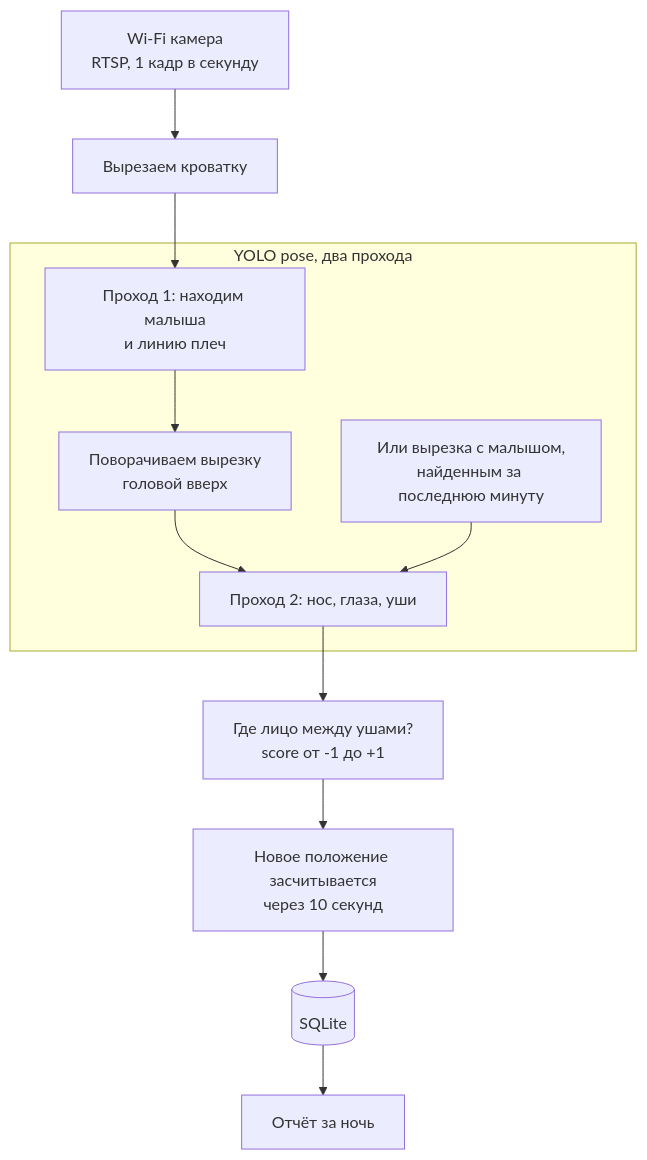
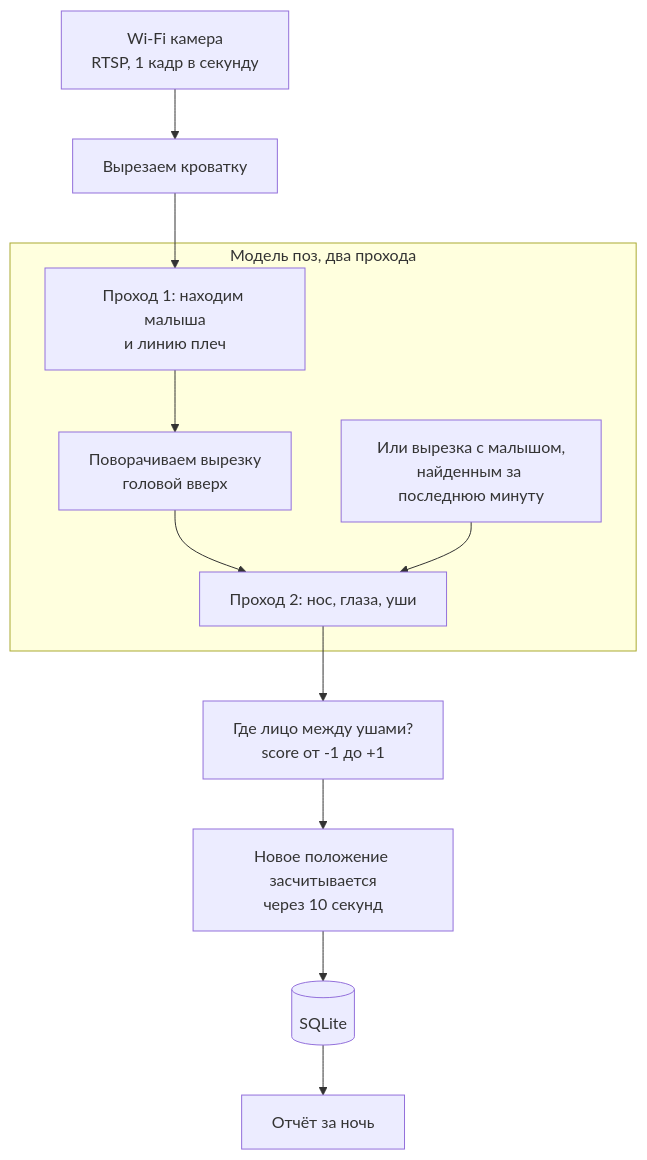
One commit to OpsDevil/noggin-compass changed the diagram in README.ru.md. Above: the diagram before and after it, drawn with Mermaid. The commit also changed other lines of this file and 9 other files, not shown here.

````diff
--- a/README.ru.md
+++ b/README.ru.md
@@ -52,14 +56,14 @@
 ```mermaid
 flowchart TD
     cam["Wi-Fi камера<br/>RTSP, 1 кадр в секунду"] --> crop["Вырезаем кроватку"]
-    subgraph nn ["YOLO pose, два прохода"]
+    subgraph nn ["Модель поз, два прохода"]
         pass1["Проход 1: находим малыша<br/>и линию плеч"] --> rotate["Поворачиваем вырезку<br/>головой вверх"]
         rotate --> pass2["Проход 2: нос, глаза, уши"]
         memory["Или вырезка с малышом,<br/>найденным за последнюю минуту"] --> pass2
     end
     crop --> pass1
     pass2 --> geometry["Где лицо между ушами?<br/>score от -1 до +1"]
     geometry --> smooth["Новое положение засчитывается<br/>через 10 секунд"]
     smooth --> db[("SQLite")]
     db --> report["Отчёт за ночь"]
 ```
````
